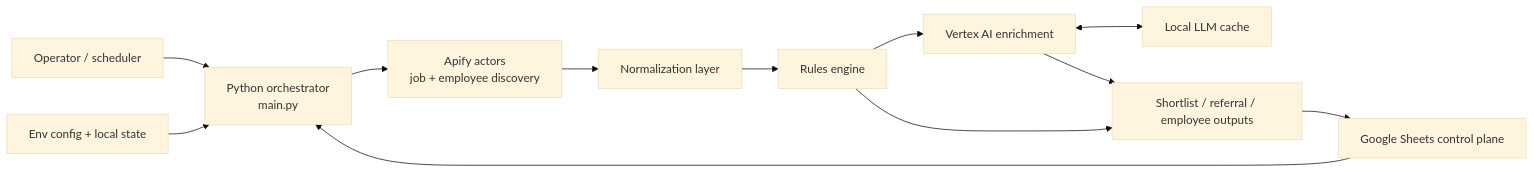
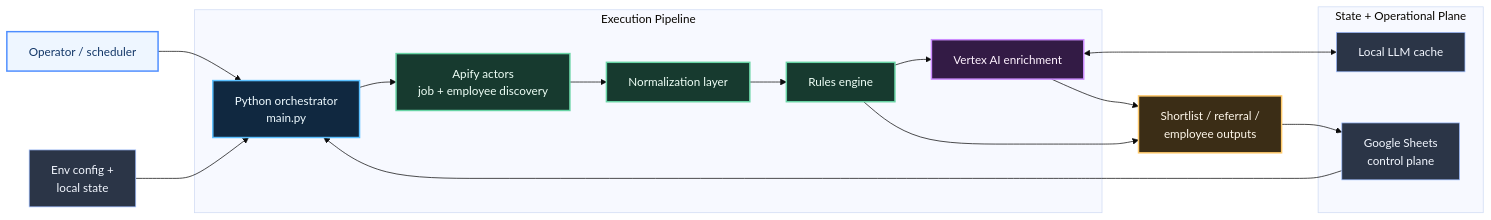
One commit to swapnil-a-p/ai-job-search-mvp changed the diagram in docs/architecture.md. Above: the diagram before and after it, drawn with Mermaid (base theme). The commit also changed 1 other file, not shown here.

Commit message:
Style architecture diagrams with layered Mermaid visuals

````diff
--- a/docs/architecture.md
+++ b/docs/architecture.md
@@ -9,25 +9,46 @@
 ```mermaid
 flowchart LR
+    classDef actor fill:#eef6ff,stroke:#4d8dff,color:#133768,stroke-width:2px;
+    classDef orchestrator fill:#102840,stroke:#5bc0ff,color:#eefaff,stroke-width:2px;
+    classDef process fill:#173a2f,stroke:#68d4a5,color:#effff7,stroke-width:2px;
+    classDef ai fill:#331b45,stroke:#cc8cff,color:#fff3ff,stroke-width:2px;
+    classDef storage fill:#2b3547,stroke:#9ebdff,color:#f3f7ff;
+    classDef output fill:#3b2d16,stroke:#ffca6b,color:#fff8eb,stroke-width:2px;
+
     OP[Operator / scheduler]
-    CFG[Env config + local state]
-    ORCH[Python orchestrator\nmain.py]
-    APIFY[Apify actors\njob + employee discovery]
-    NORM[Normalization layer]
-    SCORE[Rules engine]
-    LLM[Vertex AI enrichment]
-    CACHE[Local LLM cache]
-    SHEETS[Google Sheets control plane]
-    OUT[Shortlist / referral / employee outputs]
+    CFG[Env config +<br/>local state]
+
+    subgraph PIPE[Execution Pipeline]
+        ORCH[Python orchestrator<br/>main.py]
+        APIFY[Apify actors<br/>job + employee discovery]
+        NORM[Normalization layer]
+        SCORE[Rules engine]
+        LLM[Vertex AI enrichment]
+    end
+
+    subgraph STATE[State + Operational Plane]
+        CACHE[Local LLM cache]
+        SHEETS[Google Sheets<br/>control plane]
+    end
+
+    OUT[Shortlist / referral /<br/>employee outputs]
 
     OP --> ORCH
     CFG --> ORCH
     ORCH --> APIFY
     APIFY --> NORM
     NORM --> SCORE
     SCORE --> LLM
     LLM <--> CACHE
     SCORE --> OUT
     LLM --> OUT
     OUT --> SHEETS
     SHEETS --> ORCH
+
+    class OP actor;
+    class CFG,CACHE,SHEETS storage;
+    class ORCH orchestrator;
+    class APIFY,NORM,SCORE process;
+    class LLM ai;
+    class OUT output;
 ```
````
